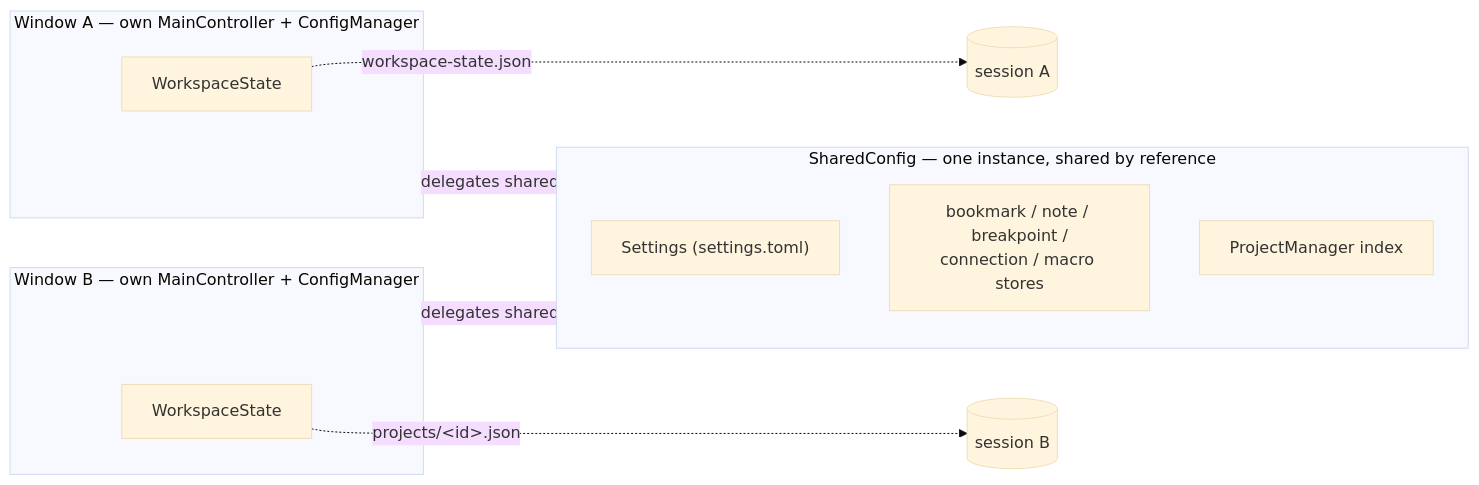
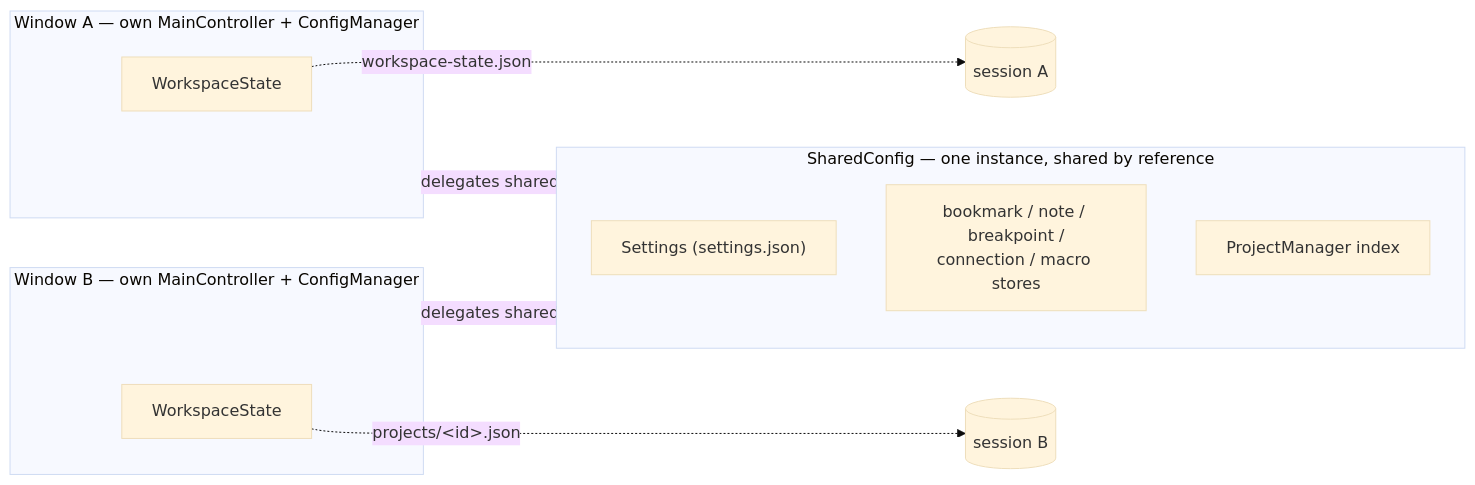
One commit to adriandeleon/Editora changed the second of 4 diagrams in docs/architecture.md. Above: the diagram before and after it, drawn with Mermaid (base theme). The commit also changed other lines of this file and 47 other files, not shown here.

Commit message:
Migrate settings configuration to JSON

````diff
--- a/docs/architecture.md
+++ b/docs/architecture.md
@@ -85,19 +85,19 @@
 ```mermaid
 flowchart LR
     subgraph shared["SharedConfig — one instance, shared by reference"]
         direction TB
-        S["Settings (settings.toml)"]
+        S["Settings (settings.json)"]
         ST["bookmark / note / breakpoint /<br/>connection / macro stores"]
         PM["ProjectManager index"]
     end
     subgraph w1["Window A — own MainController + ConfigManager"]
         WS1["WorkspaceState"]
     end
     subgraph w2["Window B — own MainController + ConfigManager"]
         WS2["WorkspaceState"]
     end
     w1 -->|delegates shared| shared
     w2 -->|delegates shared| shared
     WS1 -.->|workspace-state.json| F1[(session A)]
     WS2 -.->|projects/&lt;id&gt;.json| F2[(session B)]
 ```
````
